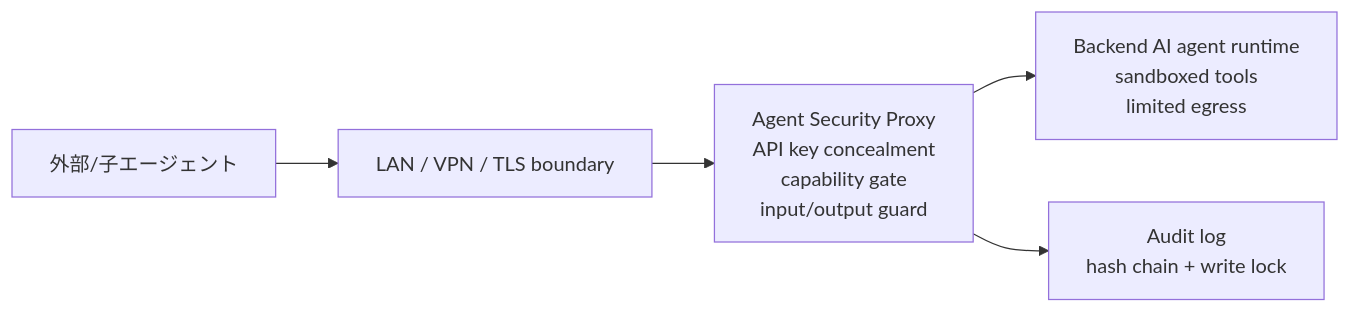
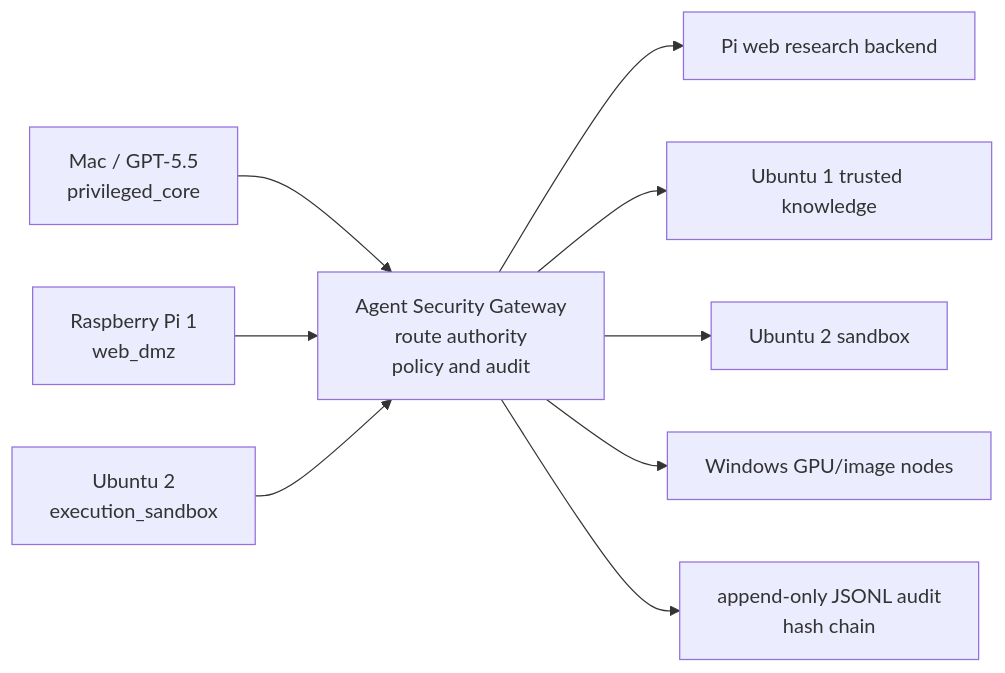
One commit to momiji-manjyuu/agent-security-gateway changed the diagram in README.md. Above: the diagram before and after it, drawn with Mermaid. The commit also changed other lines of this file and 35 other files, not shown here.

Commit message:
Build agent security gateway

````diff
--- a/README.md
+++ b/README.md
@@ -84,7 +53,11 @@
 ```mermaid
 flowchart LR
-    W["外部/子エージェント"] --> N["LAN / VPN / TLS boundary"]
-    N --> P["Agent Security Proxy\nAPI key concealment\ncapability gate\ninput/output guard"]
-    P --> B["Backend AI agent runtime\nsandboxed tools\nlimited egress"]
-    P --> A["Audit log\nhash chain + write lock"]
+    Mac["Mac / GPT-5.5\nprivileged_core"] --> G["Agent Security Gateway\nroute authority\npolicy and audit"]
+    Pi["Raspberry Pi 1\nweb_dmz"] --> G
+    U2["Ubuntu 2\nexecution_sandbox"] --> G
+    G --> PiB["Pi web research backend"]
+    G --> U1["Ubuntu 1 trusted knowledge"]
+    G --> S["Ubuntu 2 sandbox"]
+    G --> W["Windows GPU/image nodes"]
+    G --> A["append-only JSONL audit\nhash chain"]
 ```
````
